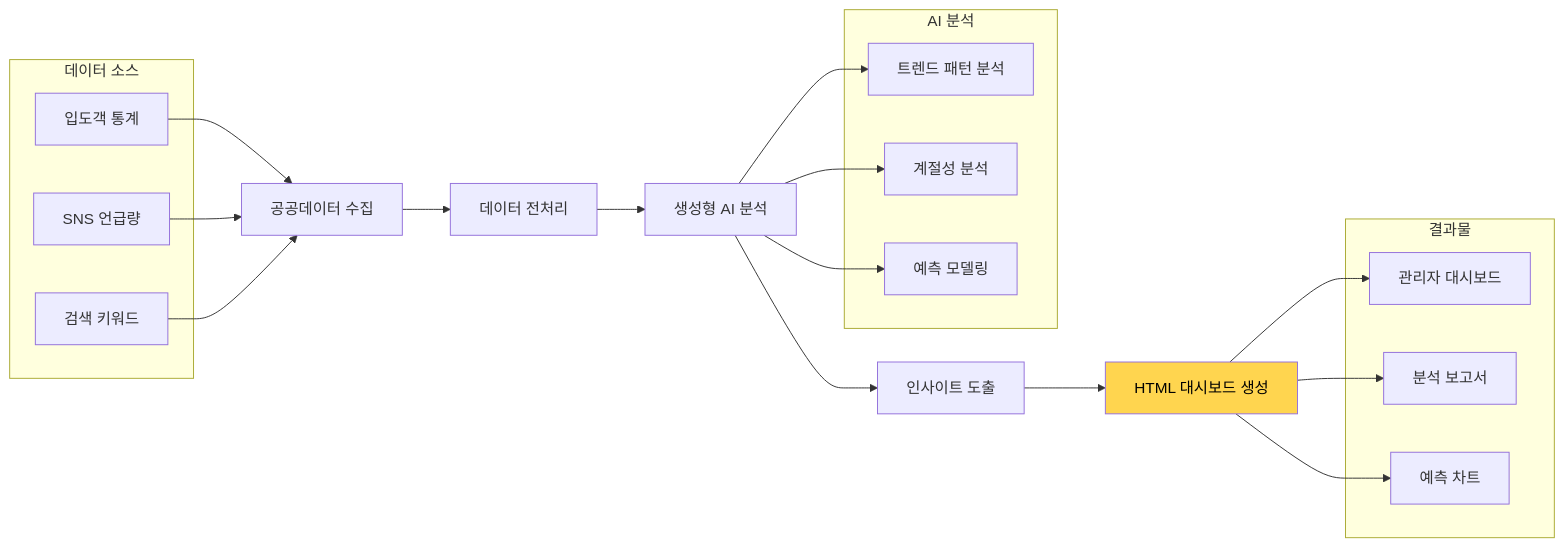
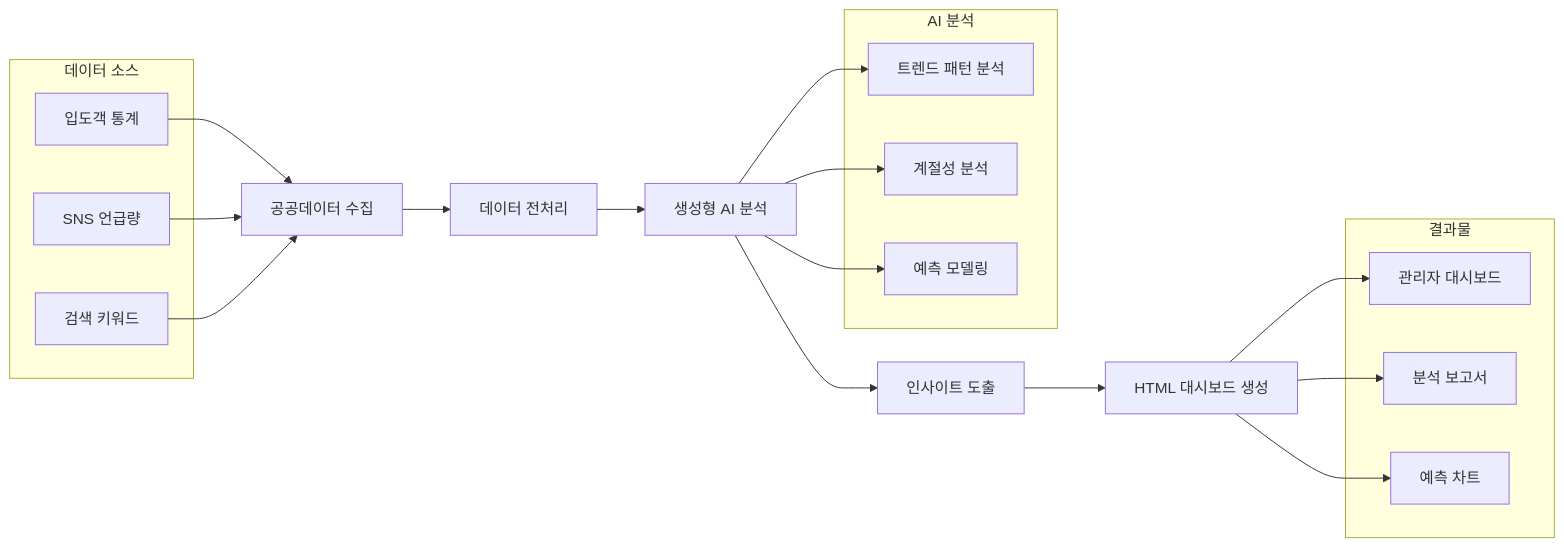
Before and after one commit to nugurejeil/weniVooks: the sixth of 7 diagrams in _md/genai-notion/chapter04/04-2.md, drawn with Mermaid. The commit also changed other lines of this file and 187 other files, not shown here.

````diff
--- a/_md/genai-notion/chapter04/04-2.md
+++ b/_md/genai-notion/chapter04/04-2.md
@@ -332,39 +327,37 @@
 ```mermaid
 flowchart LR
     A[공공데이터 수집] --> B[데이터 전처리]
     B --> C[생성형 AI 분석]
     C --> D[인사이트 도출]
     D --> E[HTML 대시보드 생성]
 
     subgraph 데이터 소스
         A1[입도객 통계]
         A2[SNS 언급량]
         A3[검색 키워드]
     end
 
     subgraph AI 분석
         C1[트렌드 패턴 분석]
         C2[계절성 분석]
         C3[예측 모델링]
     end
 
     subgraph 결과물
         E1[관리자 대시보드]
         E2[분석 보고서]
         E3[예측 차트]
     end
 
     A1 --> A
     A2 --> A
     A3 --> A
 
     C --> C1
     C --> C2
     C --> C3
 
     E --> E1
     E --> E2
     E --> E3
-
-    style E fill:#FFD54F,color:#000
 ```
````
